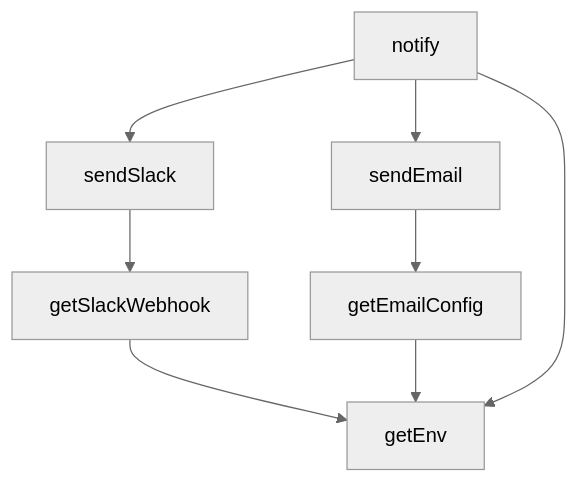
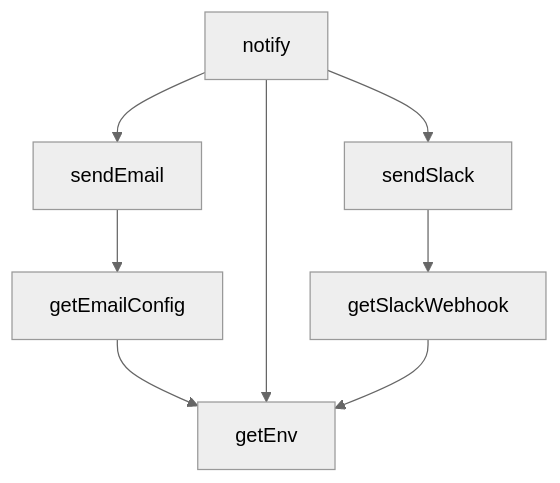
The eighth of 9 diagrams in docs/supabase_functions_master.md (peckop/venthub-hvac-esite), drawn with Mermaid (neutral theme) before and after one commit. The commit also changed other lines of this file and 36 other files, not shown here.

````diff
--- a/docs/supabase_functions_master.md
+++ b/docs/supabase_functions_master.md
@@ -3669,16 +3909,16 @@
 ```mermaid
 graph TD
     notify_ts__getEmailConfig["getEmailConfig"]
     notify_ts__getEnv["getEnv"]
     notify_ts__getSlackWebhook["getSlackWebhook"]
     notify_ts__notify["notify"]
     notify_ts__sendEmail["sendEmail"]
     notify_ts__sendSlack["sendSlack"]
-    notify_ts__getSlackWebhook --> notify_ts__getEnv
-    notify_ts__notify --> notify_ts__sendEmail
     notify_ts__getEmailConfig --> notify_ts__getEnv
     notify_ts__notify --> notify_ts__getEnv
     notify_ts__notify --> notify_ts__sendSlack
     notify_ts__sendSlack --> notify_ts__getSlackWebhook
     notify_ts__sendEmail --> notify_ts__getEmailConfig
+    notify_ts__getSlackWebhook --> notify_ts__getEnv
+    notify_ts__notify --> notify_ts__sendEmail
 ```
````
